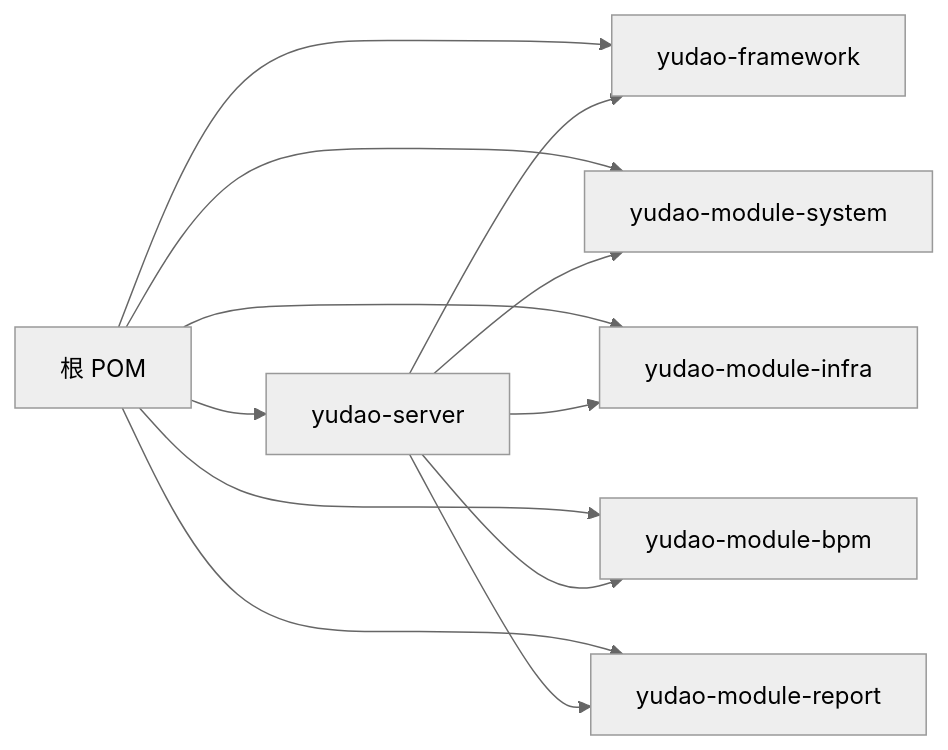
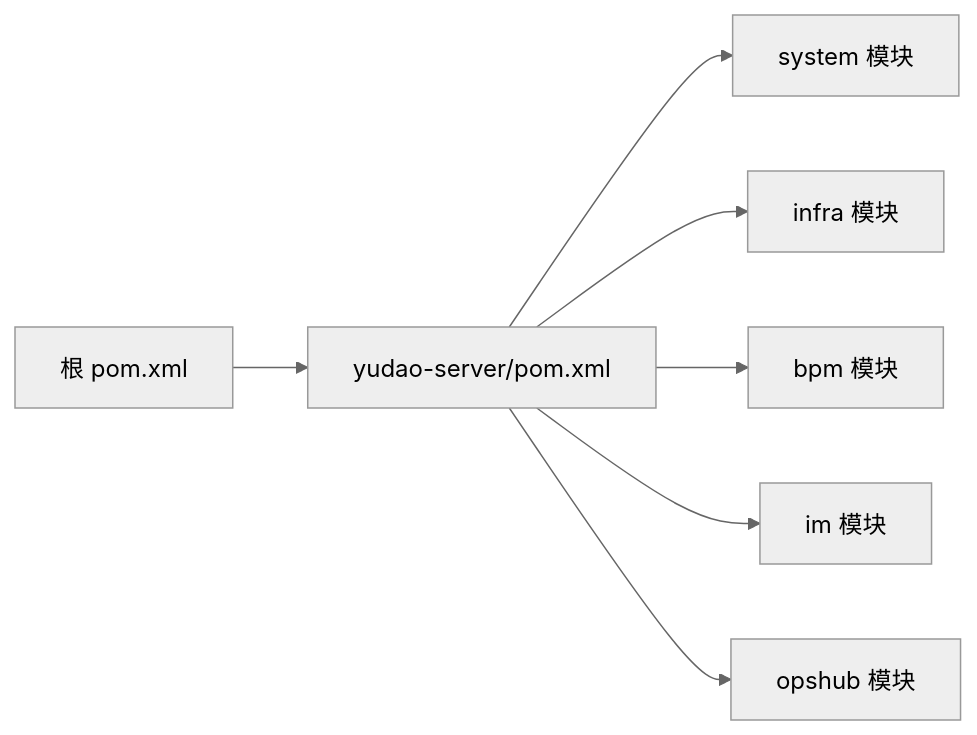
The seventh of 7 diagrams in .qoder/repowiki/zh/content/快速开始.md (xiaoche80s-tech/rouyi-vue-pro), drawn with Mermaid (neutral theme) before and after one commit. The commit also changed other lines of this file and 840 other files, not shown here.

````diff
--- a/.qoder/repowiki/zh/content/快速开始.md
+++ b/.qoder/repowiki/zh/content/快速开始.md
@@ -263,14 +272,9 @@
 ```mermaid
 graph LR
-Root["根 POM"] --> Server["yudao-server"]
-Root --> Framework["yudao-framework"]
-Root --> ModuleSys["yudao-module-system"]
-Root --> ModuleInfra["yudao-module-infra"]
-Root --> ModuleBpm["yudao-module-bpm"]
-Root --> ModuleReport["yudao-module-report"]
-Server --> Framework
-Server --> ModuleSys
-Server --> ModuleInfra
-Server --> ModuleBpm
-Server --> ModuleReport
+Root["根 pom.xml<br/><modules>"] --> Server["yudao-server/pom.xml<br/><dependencies>"]
+Server --> SYS["system 模块"]
+Server --> INF["infra 模块"]
+Server --> BPM["bpm 模块"]
+Server --> IM["im 模块"]
+Server --> OPS["opshub 模块"]
 ```
````
